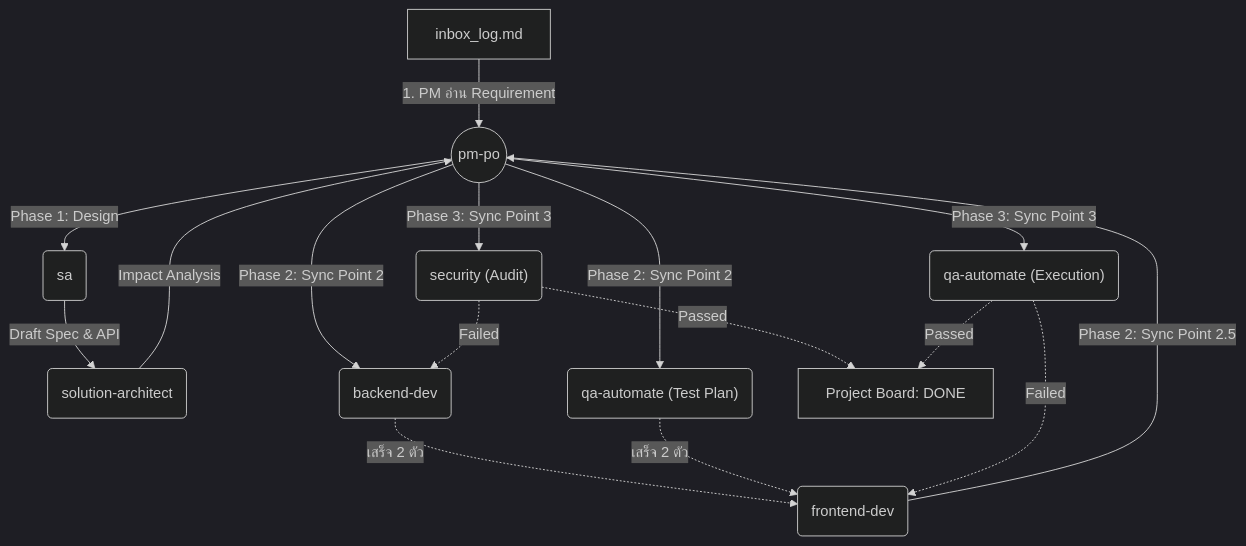
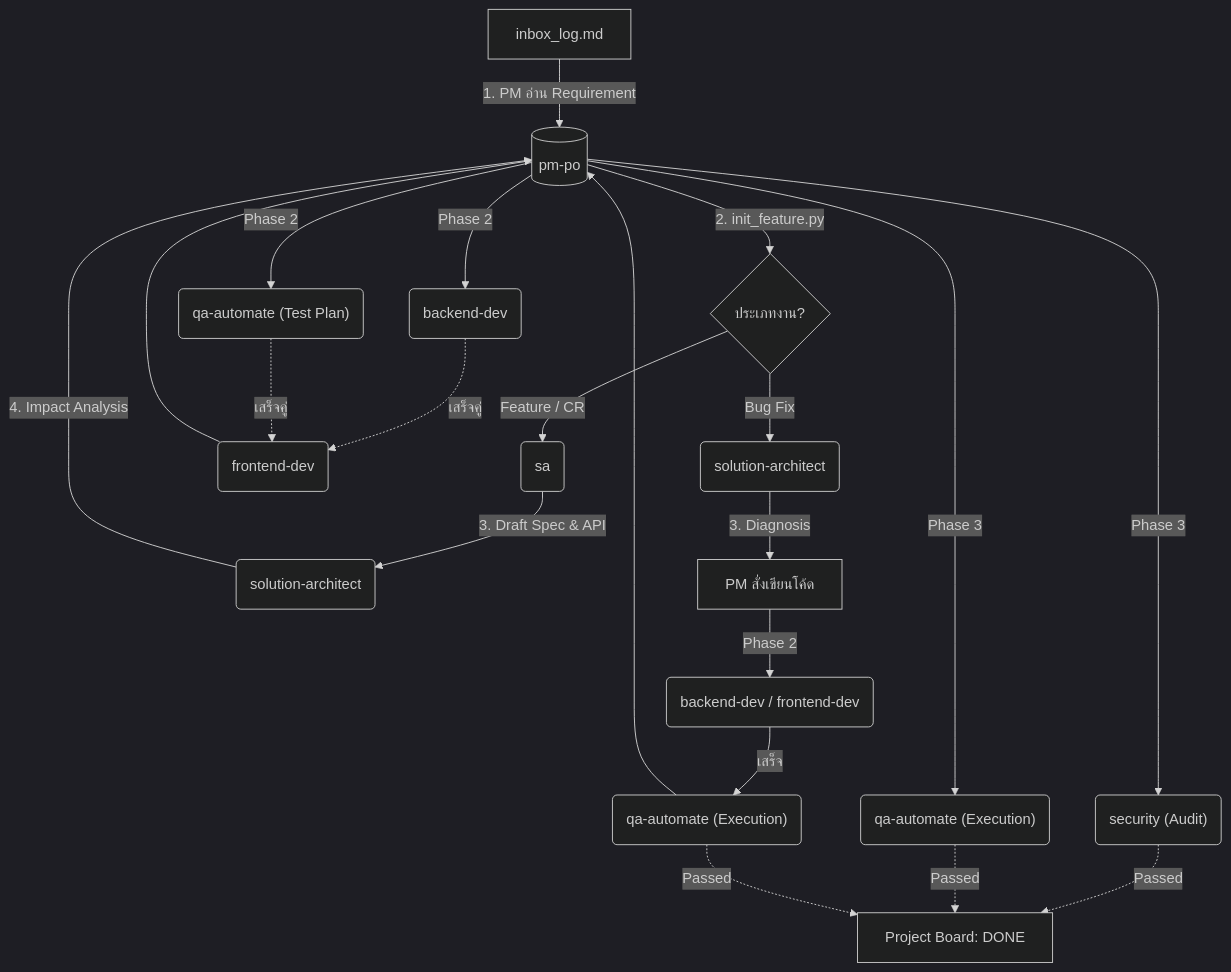
The first of 2 diagrams in README.md (supat29182/gemini-agent-team-template), drawn with Mermaid (dark theme) before and after one commit. The commit also changed other lines of this file and 10 other files, not shown here.

Commit message:
refactor(aisdlc): clean legacy references, standardize timeouts, and add CR/Bug flows

````diff
--- a/README.md
+++ b/README.md
@@ -16,22 +16,29 @@
 ```mermaid
 graph TD
-    INBOX["inbox_log.md"] -->|"1. PM อ่าน Requirement"| PM(("pm-po"))
-    PM -->|"Phase 1: Design"| SA("sa")
-    SA -->|"Draft Spec & API"| ARCH("solution-architect")
-    ARCH -->|"Impact Analysis"| PM
+    INBOX["inbox_log.md"] -->|"1. PM อ่าน Requirement"| PM[("pm-po")]
+    PM -->|"2. init_feature.py"| Init{ประเภทงาน?}
     
-    PM -->|"Phase 2: Sync Point 2"| BACK("backend-dev")
-    PM -->|"Phase 2: Sync Point 2"| QA_P("qa-automate (Test Plan)")
-    BACK -.->|"เสร็จ 2 ตัว"| FRONT("frontend-dev")
-    QA_P -.->|"เสร็จ 2 ตัว"| FRONT
-    FRONT -->|"Phase 2: Sync Point 2.5"| PM
+    %% Feature & CR Flow
+    Init -->|"Feature / CR"| SA("sa")
+    SA -->|"3. Draft Spec & API"| ARCH("solution-architect")
+    ARCH -->|"4. Impact Analysis"| PM
     
-    PM -->|"Phase 3: Sync Point 3"| SEC("security (Audit)")
-    PM -->|"Phase 3: Sync Point 3"| QA_E("qa-automate (Execution)")
+    PM -->|"Phase 2"| BACK("backend-dev")
+    PM -->|"Phase 2"| QA_P("qa-automate (Test Plan)")
+    BACK & QA_P -.->|"เสร็จคู่"| FRONT("frontend-dev")
+    FRONT --> PM
     
-    SEC -.->|"Failed"| BACK
-    QA_E -.->|"Failed"| FRONT
+    PM -->|"Phase 3"| SEC("security (Audit)")
+    PM -->|"Phase 3"| QA_E("qa-automate (Execution)")
     
-    SEC -.->|"Passed"| DONE["Project Board: DONE"]
-    QA_E -.->|"Passed"| DONE
+    %% Bug Flow
+    Init -->|"Bug Fix"| ARCH_BUG("solution-architect")
+    ARCH_BUG -->|"3. Diagnosis"| PM_BUG[PM สั่งเขียนโค้ด]
+    PM_BUG -->|"Phase 2"| DEV_BUG("backend-dev / frontend-dev")
+    DEV_BUG -->|"เสร็จ"| QA_BUG("qa-automate (Execution)")
+    QA_BUG --> PM
+    
+    %% Verification & DONE
+    SEC & QA_E -.->|"Passed"| DONE["Project Board: DONE"]
+    QA_BUG -.->|"Passed"| DONE
 ```
````
